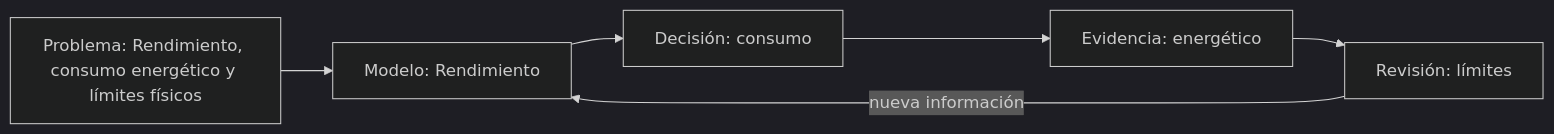
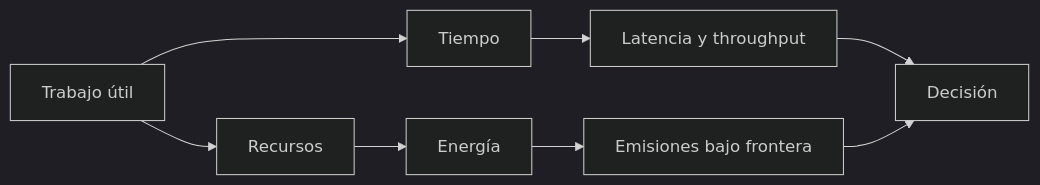
Before and after one commit to vladimiracunadev-create/modern-software-engineering-program: the diagram in classes/part-01-computadores-y-representacion-de-informacion/se-022-rendimiento-consumo-energetico-y-limites-fisicos/README.md, drawn with Mermaid (dark theme). The commit also changed other lines of this file and 84 other files, not shown here.

````diff
--- a/classes/part-01-computadores-y-representacion-de-informacion/se-022-rendimiento-consumo-energetico-y-limites-fisicos/README.md
+++ b/classes/part-01-computadores-y-representacion-de-informacion/se-022-rendimiento-consumo-energetico-y-limites-fisicos/README.md
@@ -40,8 +39,10 @@
 ```mermaid
 flowchart LR
-    P["Problema: Rendimiento, consumo energético y límites físicos"] --> M["Modelo: Rendimiento"]
-    M --> D["Decisión: consumo"]
-    D --> E["Evidencia: energético"]
-    E --> R["Revisión: límites"]
-    R -->|nueva información| M
+ W[Trabajo útil] --> T[Tiempo]
+ W --> R[Recursos]
+ T --> P[Latencia y throughput]
+ R --> E[Energía]
+ E --> C[Emisiones bajo frontera]
+ P --> D[Decisión]
+ C --> D
 ```
````
